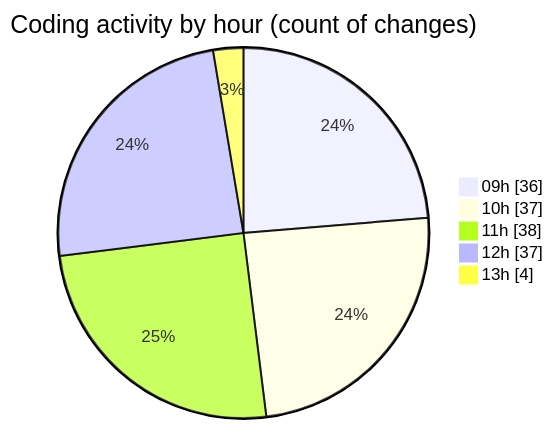
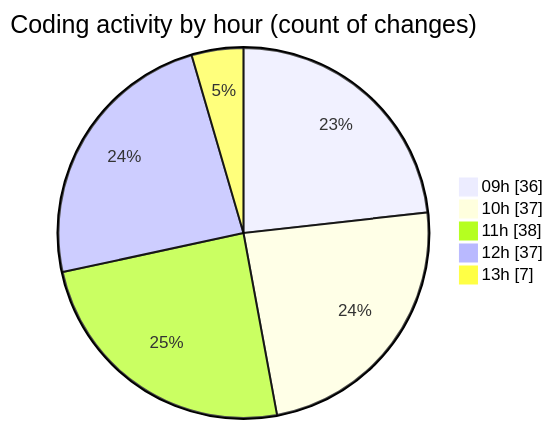
One commit to momahboobian/code-tracking changed the second of 2 diagrams in 2026-04-16/cda/README.md. Above: the diagram before and after it, drawn with Mermaid. The commit also changed other lines of this file and 1 other file, not shown here.

````diff
--- a/2026-04-16/cda/README.md
+++ b/2026-04-16/cda/README.md
@@ -31,9 +31,9 @@
 ```mermaid
 pie showData
 title Coding activity by hour (count of changes)
 "09h" : 36
 "10h" : 37
 "11h" : 38
 "12h" : 37
-"13h" : 4
+"13h" : 7
 ```
````
